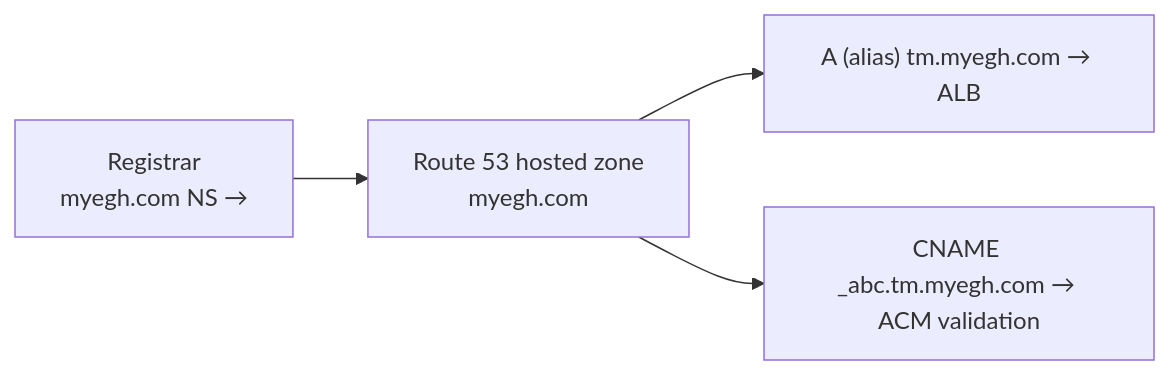
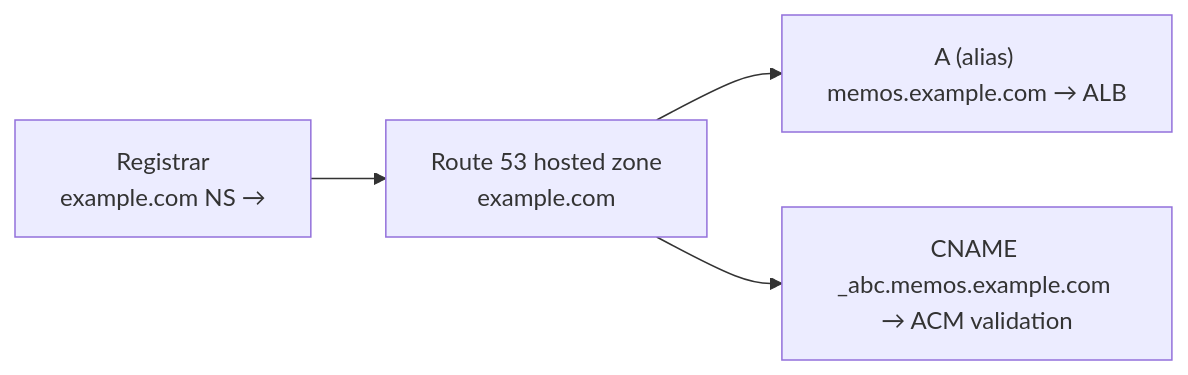
Before and after one commit to EnamulRahman/doomscrolling-app-devops: the third of 4 diagrams in content/learn/11-alb-dns-tls.md, drawn with Mermaid. The commit also changed other lines of this file and 36 other files, not shown here.

First line of the commit message:
Make the course generic, with Memos as a worked example

````diff
--- a/content/learn/11-alb-dns-tls.md
+++ b/content/learn/11-alb-dns-tls.md
@@ -93,6 +93,6 @@
 ```mermaid
 flowchart LR
-  REG["Registrar<br/>myegh.com NS →"] --> HZ["Route 53 hosted zone<br/>myegh.com"]
-  HZ --> A["A (alias) tm.myegh.com → ALB"]
-  HZ --> V["CNAME _abc.tm.myegh.com → ACM validation"]
+  REG["Registrar<br/>example.com NS →"] --> HZ["Route 53 hosted zone<br/>example.com"]
+  HZ --> A["A (alias) memos.example.com → ALB"]
+  HZ --> V["CNAME _abc.memos.example.com → ACM validation"]
 ```
````
